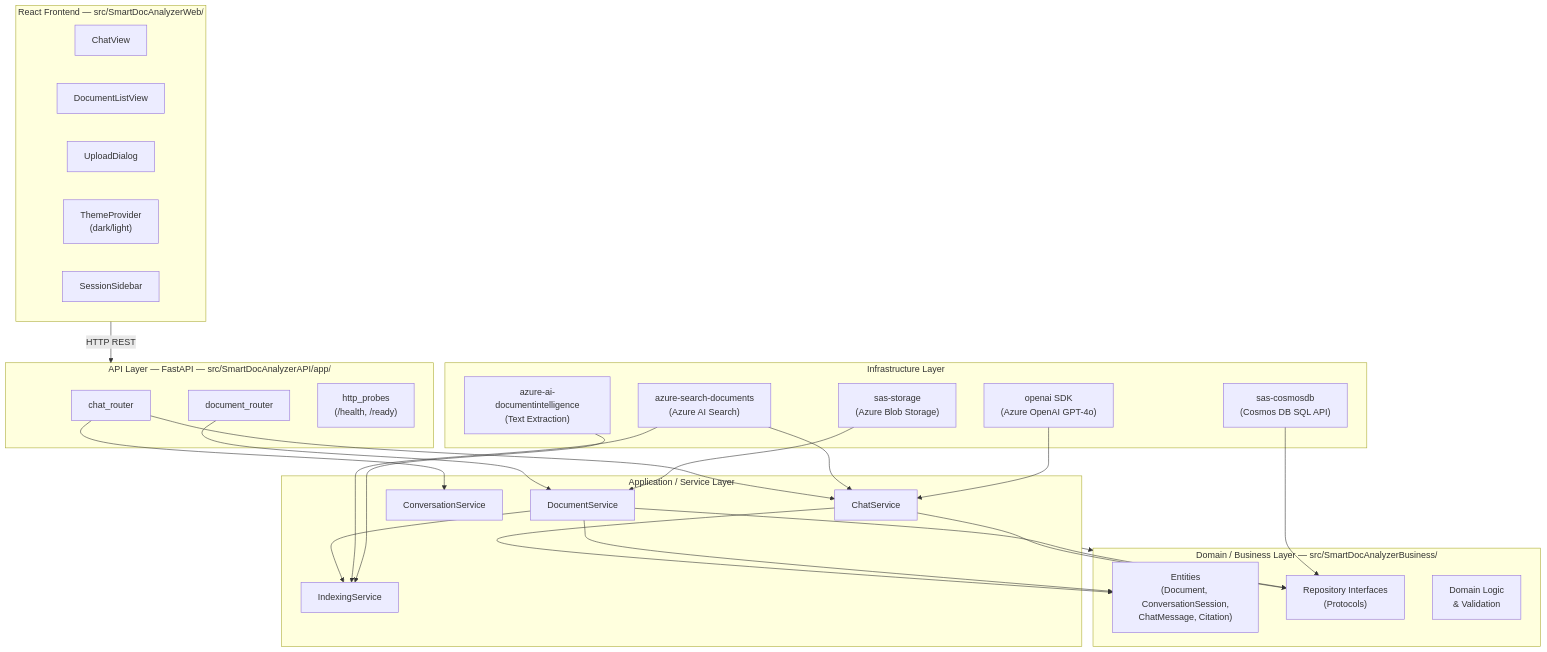
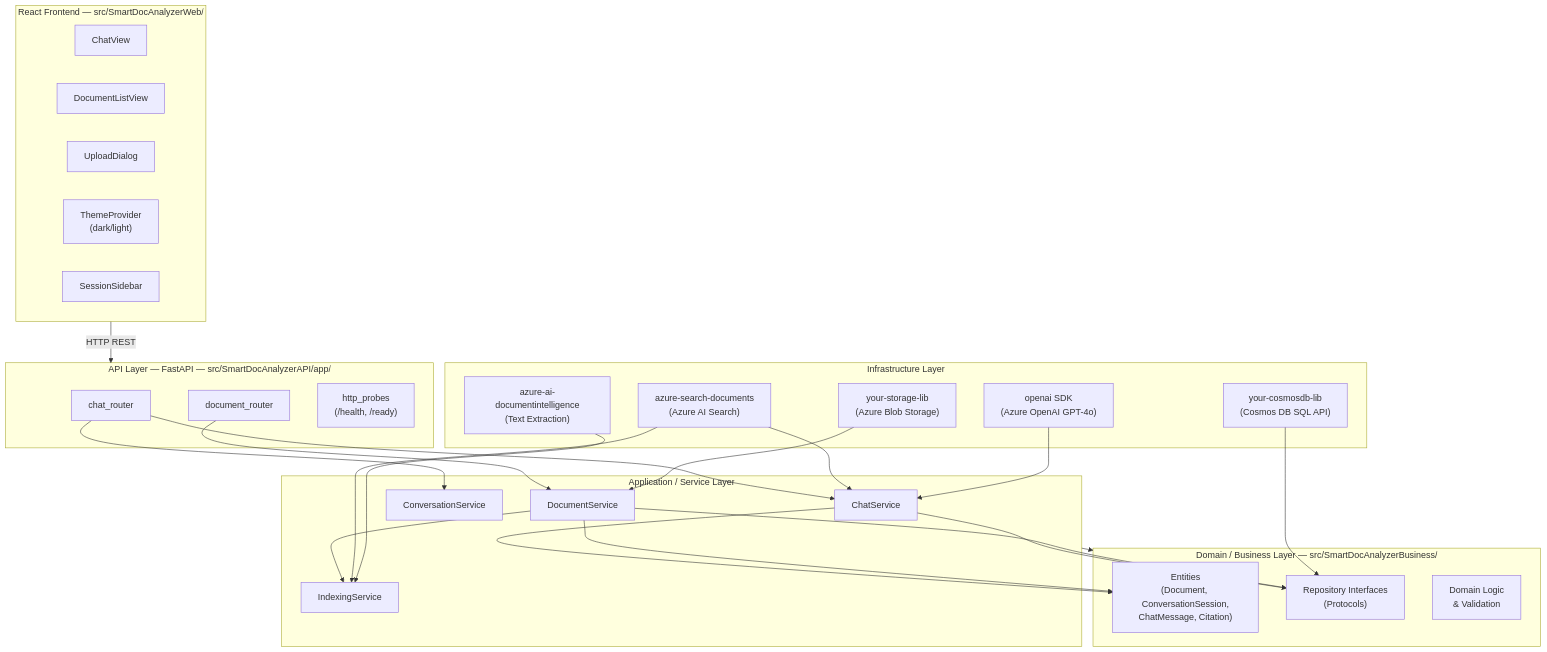
Before and after one commit to Dongbumlee/sdlc-harness: the first of 8 diagrams in docs/adr/ADR-001-smartdoc-analyzer-architecture.md, drawn with Mermaid. The commit also changed other lines of this file and 63 other files, not shown here.

````diff
--- a/docs/adr/ADR-001-smartdoc-analyzer-architecture.md
+++ b/docs/adr/ADR-001-smartdoc-analyzer-architecture.md
@@ -53,54 +53,54 @@
 ```mermaid
 flowchart TD
     subgraph Frontend["React Frontend — src/SmartDocAnalyzerWeb/"]
         ChatView["ChatView"]
         DocList["DocumentListView"]
         UploadDialog["UploadDialog"]
         ThemeProvider["ThemeProvider\n(dark/light)"]
         SessionSidebar["SessionSidebar"]
     end
 
     subgraph API["API Layer — FastAPI — src/SmartDocAnalyzerAPI/app/"]
         chat_router["chat_router"]
         document_router["document_router"]
         http_probes["http_probes\n(/health, /ready)"]
     end
 
     subgraph Application["Application / Service Layer"]
         ChatService["ChatService"]
         DocumentService["DocumentService"]
         IndexingService["IndexingService"]
         ConversationService["ConversationService"]
     end
 
     subgraph Domain["Domain / Business Layer — src/SmartDocAnalyzerBusiness/"]
         Entities["Entities\n(Document, ConversationSession,\nChatMessage, Citation)"]
         Repositories["Repository Interfaces\n(Protocols)"]
         DomainLogic["Domain Logic\n& Validation"]
     end
 
     subgraph Infra["Infrastructure Layer"]
-        CosmosDB["sas-cosmosdb\n(Cosmos DB SQL API)"]
-        BlobStorage["sas-storage\n(Azure Blob Storage)"]
+        CosmosDB["your-cosmosdb-lib\n(Cosmos DB SQL API)"]
+        BlobStorage["your-storage-lib\n(Azure Blob Storage)"]
         AISearch["azure-search-documents\n(Azure AI Search)"]
         OpenAI["openai SDK\n(Azure OpenAI GPT-4o)"]
         DocIntel["azure-ai-documentintelligence\n(Text Extraction)"]
     end
 
     Frontend -->|"HTTP REST"| API
     chat_router --> ChatService
     chat_router --> ConversationService
     document_router --> DocumentService
     DocumentService --> IndexingService
     ChatService --> Entities
     DocumentService --> Entities
     ChatService --> Repositories
     DocumentService --> Repositories
     Application --> Domain
     CosmosDB --> Repositories
     BlobStorage --> DocumentService
     AISearch --> ChatService
     AISearch --> IndexingService
     OpenAI --> ChatService
     DocIntel --> IndexingService
 ```
````
